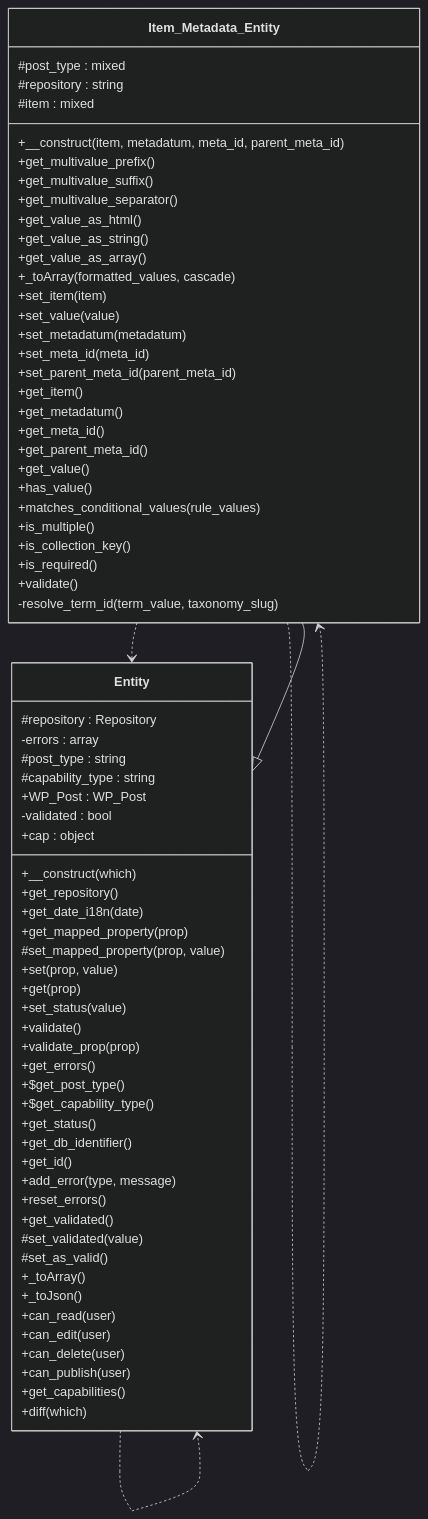
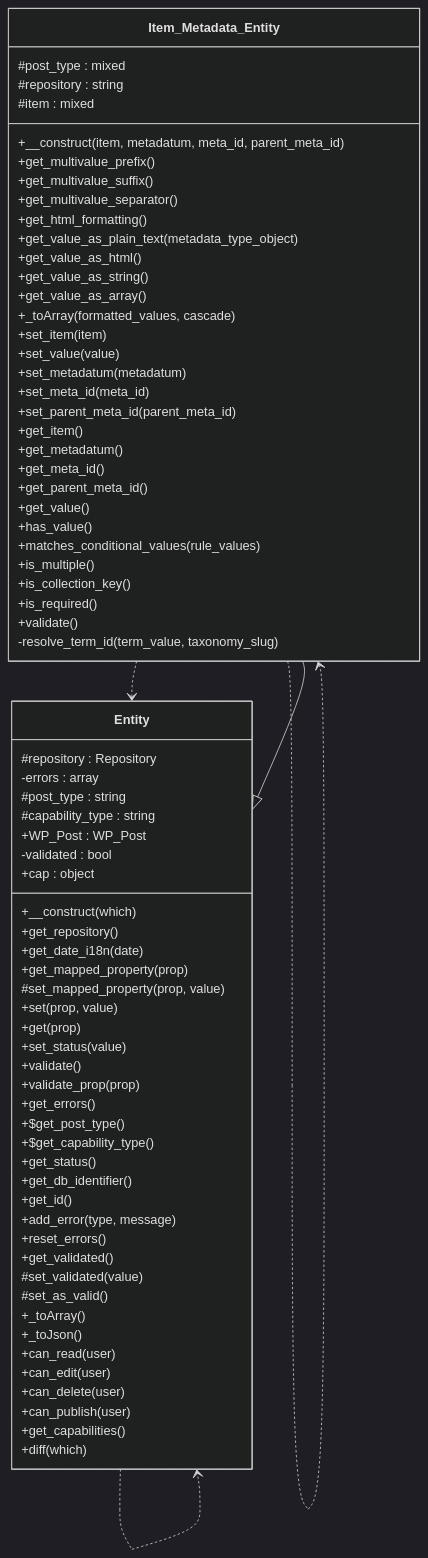
One commit to tainacan/tainacan changed the diagram in docs/phpdoc/classes/Tainacan/Entities/Item_Metadata_Entity.mmd. Above: the diagram before and after it, drawn with Mermaid (dark theme). The commit also changed 4 other files, not shown here.

```diff
--- a/docs/phpdoc/classes/Tainacan/Entities/Item_Metadata_Entity.mmd
+++ b/docs/phpdoc/classes/Tainacan/Entities/Item_Metadata_Entity.mmd
@@ -1,74 +1,76 @@
 classDiagram
     direction TB
     class Item_Metadata_Entity {
         #post_type : mixed
         #repository : string
         #item : mixed
         +__construct(item, metadatum, meta_id, parent_meta_id)
         +get_multivalue_prefix()
         +get_multivalue_suffix()
         +get_multivalue_separator()
+        +get_html_formatting()
+        +get_value_as_plain_text(metadata_type_object)
         +get_value_as_html()
         +get_value_as_string()
         +get_value_as_array()
         +_toArray(formatted_values, cascade)
         +set_item(item)
         +set_value(value)
         +set_metadatum(metadatum)
         +set_meta_id(meta_id)
         +set_parent_meta_id(parent_meta_id)
         +get_item()
         +get_metadatum()
         +get_meta_id()
         +get_parent_meta_id()
         +get_value()
         +has_value()
         +matches_conditional_values(rule_values)
         +is_multiple()
         +is_collection_key()
         +is_required()
         +validate()
         -resolve_term_id(term_value, taxonomy_slug)
     }
     class Entity {
         #repository : Repository
         -errors : array
         #post_type : string
         #capability_type : string
         +WP_Post : WP_Post
         -validated : bool
         +cap : object
         +__construct(which)
         +get_repository()
         +get_date_i18n(date)
         +get_mapped_property(prop)
         #set_mapped_property(prop, value)
         +set(prop, value)
         +get(prop)
         +set_status(value)
         +validate()
         +validate_prop(prop)
         +get_errors()
         +$get_post_type()
         +$get_capability_type()
         +get_status()
         +get_db_identifier()
         +get_id()
         +add_error(type, message)
         +reset_errors()
         +get_validated()
         #set_validated(value)
         #set_as_valid()
         +_toArray()
         +_toJson()
         +can_read(user)
         +can_edit(user)
         +can_delete(user)
         +can_publish(user)
         +get_capabilities()
         +diff(which)
     }
     Entity ..> Entity
     Entity <|-- Item_Metadata_Entity
     Item_Metadata_Entity ..> Entity
     Item_Metadata_Entity ..> Item_Metadata_Entity
```
